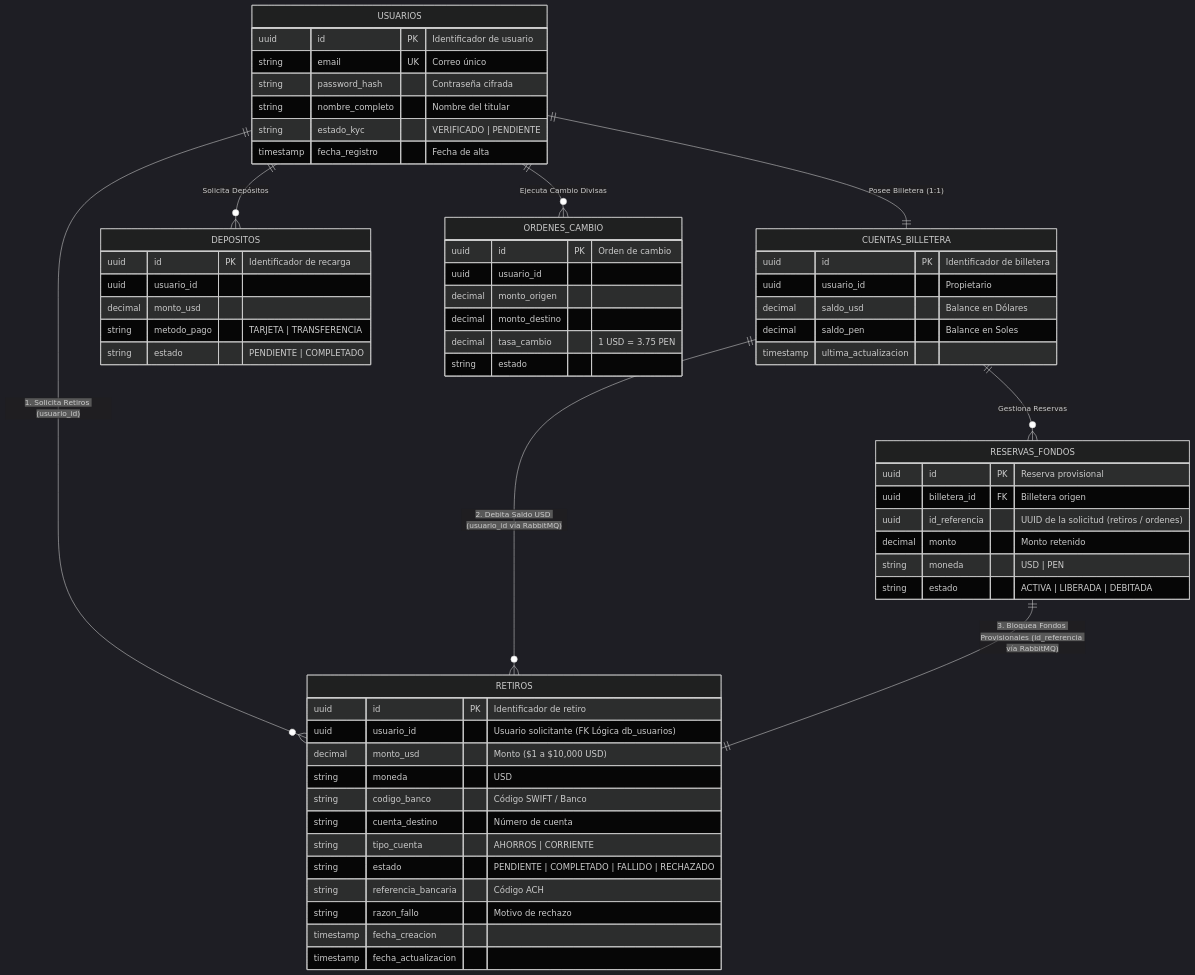
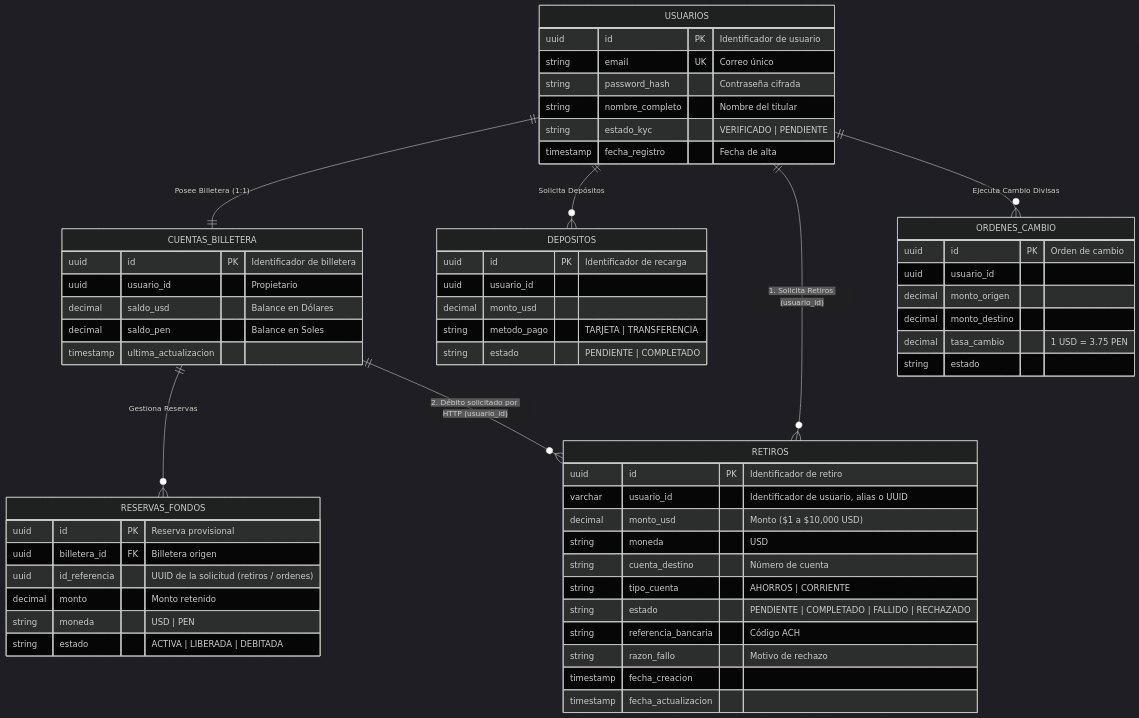
Before and after one commit to Jhostin283/Servicio-Retiro: the diagram in docs/database/global-database-architecture.md, drawn with Mermaid (dark theme). The commit also changed other lines of this file and 96 other files, not shown here.

````diff
--- a/docs/database/global-database-architecture.md
+++ b/docs/database/global-database-architecture.md
@@ -9,74 +9,72 @@
 ```mermaid
 erDiagram
     %% BASE DE DATOS 1: db_usuarios (Servicio de Usuarios & KYC)
     USUARIOS {
         uuid id PK "Identificador de usuario"
         string email UK "Correo único"
         string password_hash "Contraseña cifrada"
         string nombre_completo "Nombre del titular"
         string estado_kyc "VERIFICADO | PENDIENTE"
         timestamp fecha_registro "Fecha de alta"
     }
 
     %% BASE DE DATOS 2: db_billetera (Servicio de Billetera & Saldos)
     CUENTAS_BILLETERA {
         uuid id PK "Identificador de billetera"
         uuid usuario_id "Propietario"
         decimal saldo_usd "Balance en Dólares"
         decimal saldo_pen "Balance en Soles"
         timestamp ultima_actualizacion
     }
 
     RESERVAS_FONDOS {
         uuid id PK "Reserva provisional"
         uuid billetera_id FK "Billetera origen"
         uuid id_referencia "UUID de la solicitud (retiros / ordenes)"
         decimal monto "Monto retenido"
         string moneda "USD | PEN"
         string estado "ACTIVA | LIBERADA | DEBITADA"
     }
 
     %% BASE DE DATOS 3: db_depositos (Servicio de Depósitos)
     DEPOSITOS {
         uuid id PK "Identificador de recarga"
         uuid usuario_id
         decimal monto_usd
         string metodo_pago "TARJETA | TRANSFERENCIA"
         string estado "PENDIENTE | COMPLETADO"
     }
 
     %% BASE DE DATOS 4: db_servicio_retiros_usd (Servicio de Retiros USD - IMPLEMENTADO)
     RETIROS {
         uuid id PK "Identificador de retiro"
-        uuid usuario_id "Usuario solicitante (FK Lógica db_usuarios)"
+        varchar usuario_id "Identificador de usuario, alias o UUID"
         decimal monto_usd "Monto ($1 a $10,000 USD)"
         string moneda "USD"
-        string codigo_banco "Código SWIFT / Banco"
         string cuenta_destino "Número de cuenta"
         string tipo_cuenta "AHORROS | CORRIENTE"
         string estado "PENDIENTE | COMPLETADO | FALLIDO | RECHAZADO"
         string referencia_bancaria "Código ACH"
         string razon_fallo "Motivo de rechazo"
         timestamp fecha_creacion
         timestamp fecha_actualizacion
     }
 
     %% BASE DE DATOS 5: db_cambio_divisas (Servicio de Cambio USD/PEN)
     ORDENES_CAMBIO {
         uuid id PK "Orden de cambio"
         uuid usuario_id
         decimal monto_origen
         decimal monto_destino
         decimal tasa_cambio "1 USD = 3.75 PEN"
         string estado
     }
 
     %% RELACIONES E INTERACCIONES ENTRE BASES DE DATOS (Database-per-Service)
     USUARIOS ||--|| CUENTAS_BILLETERA : "Posee Billetera (1:1)"
     CUENTAS_BILLETERA ||--o{ RESERVAS_FONDOS : "Gestiona Reservas"
     USUARIOS ||--o{ DEPOSITOS : "Solicita Depósitos"
     USUARIOS ||--o{ RETIROS : "1. Solicita Retiros (usuario_id)"
-    CUENTAS_BILLETERA ||--o{ RETIROS : "2. Debita Saldo USD (usuario_id vía RabbitMQ)"
-    RESERVAS_FONDOS ||--|| RETIROS : "3. Bloquea Fondos Provisionales (id_referencia vía RabbitMQ)"
+    CUENTAS_BILLETERA ||--o{ RETIROS : "2. Débito solicitado por HTTP (usuario_id)"
     USUARIOS ||--o{ ORDENES_CAMBIO : "Ejecuta Cambio Divisas"
 ```
````
